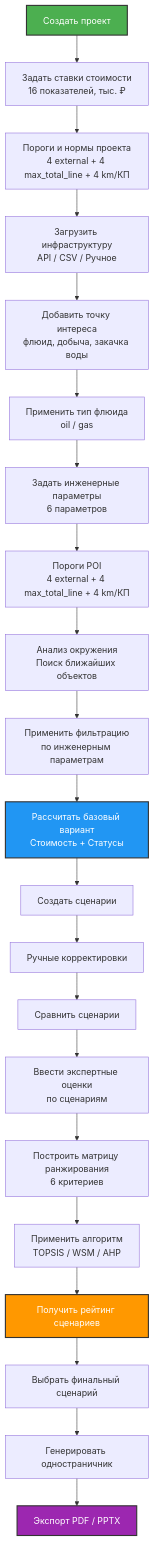
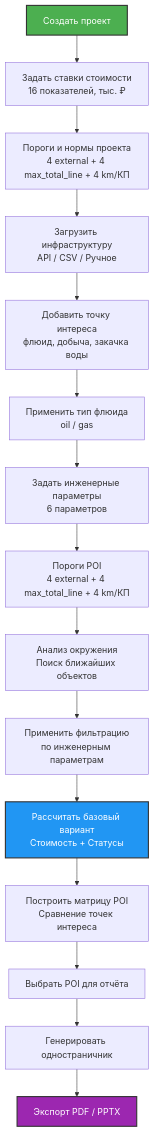
One commit to Mekcuka/Scaning changed diagram 12 of 12 in docs/calculation-logic-flow.md. Above: the diagram before and after it, drawn with Mermaid. The commit also changed other lines of this file and 121 other files, not shown here.

````diff
--- a/docs/calculation-logic-flow.md
+++ b/docs/calculation-logic-flow.md
@@ -522,41 +483,33 @@
 ```mermaid
 graph TD
     P1[Создать проект]
     P2[Задать ставки стоимости<br>16 показателей, тыс. ₽]
     P2a[Пороги и нормы проекта<br>4 external + 4 max_total_line + 4 km/КП]
     P3[Загрузить инфраструктуру<br>API / CSV / Ручное]
 
     P4[Добавить точку интереса<br>флюид, добыча, закачка воды]
     P4a[Применить тип флюида<br>oil / gas]
     P5[Задать инженерные параметры<br>6 параметров]
     P6[Пороги POI<br>4 external + 4 max_total_line + 4 km/КП]
 
     P7[Анализ окружения<br>Поиск ближайших объектов]
     P8[Применить фильтрацию<br>по инженерным параметрам]
     P9[Рассчитать базовый вариант<br>Стоимость + Статусы]
 
-    P10[Создать сценарии]
-    P11[Ручные корректировки]
-    P12[Сравнить сценарии]
+    P10[Построить матрицу POI<br>Сравнение точек интереса]
 
-    P12b[Ввести экспертные оценки<br>по сценариям]
-    P13[Построить матрицу ранжирования<br>6 критериев]
-    P14[Применить алгоритм<br>TOPSIS / WSM / AHP]
-    P15[Получить рейтинг сценариев]
-
-    P16[Выбрать финальный сценарий]
+    P16[Выбрать POI для отчёта]
     P17[Генерировать одностраничник]
     P18[Экспорт PDF / PPTX]
 
-    P1 --> P2 --> P2a --> P3 --> P4 --> P4a --> P5 --> P6 --> P7 --> P8 --> P9 --> P10 --> P11 --> P12 --> P12b --> P13 --> P14 --> P15 --> P16 --> P17 --> P18
+    P1 --> P2 --> P2a --> P3 --> P4 --> P4a --> P5 --> P6 --> P7 --> P8 --> P9 --> P10 --> P16 --> P17 --> P18
 
     classDef green fill:#4CAF50,stroke:#333,stroke-width:2px,color:#fff
     classDef blue fill:#2196F3,stroke:#333,stroke-width:2px,color:#fff
     classDef orange fill:#FF9800,stroke:#333,stroke-width:2px,color:#fff
     classDef purple fill:#9C27B0,stroke:#333,stroke-width:2px,color:#fff
 
     class P1 green
     class P9 blue
-    class P15 orange
     class P18 purple
 ```
````
